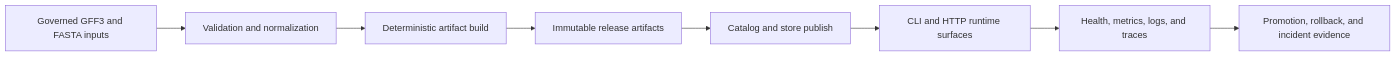
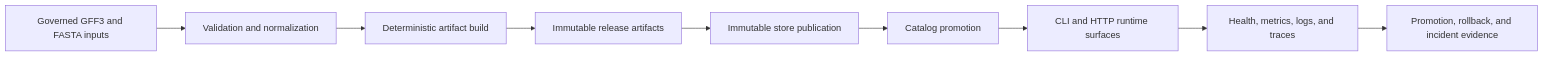
One commit to bijux/bijux-atlas changed the first of 4 diagrams in docs/index.md. Above: the diagram before and after it, drawn with Mermaid. The commit also changed other lines of this file and 2 other files, not shown here.

Commit message:
docs(entrypoints): separate publication from discovery claims

````diff
--- a/docs/index.md
+++ b/docs/index.md
@@ -77,10 +77,11 @@
 ```mermaid
 flowchart LR
     source[Governed GFF3 and FASTA inputs] --> validate[Validation and normalization]
     validate --> build[Deterministic artifact build]
     build --> release[Immutable release artifacts]
-    release --> publish[Catalog and store publish]
-    publish --> serve[CLI and HTTP runtime surfaces]
+    release --> publish[Immutable store publication]
+    publish --> promote[Catalog promotion]
+    promote --> serve[CLI and HTTP runtime surfaces]
     serve --> observe[Health, metrics, logs, and traces]
     observe --> decide[Promotion, rollback, and incident evidence]
 ```
````
